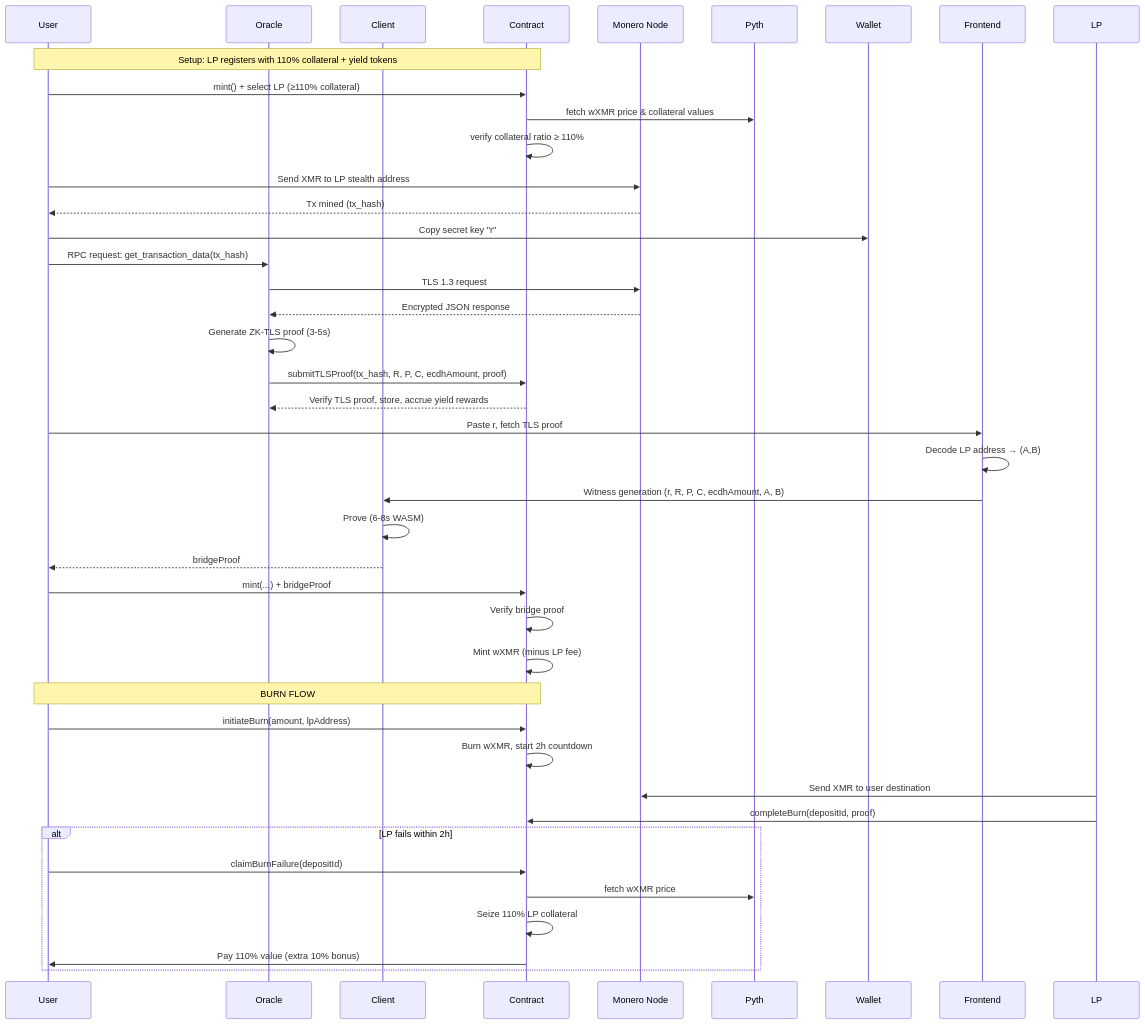
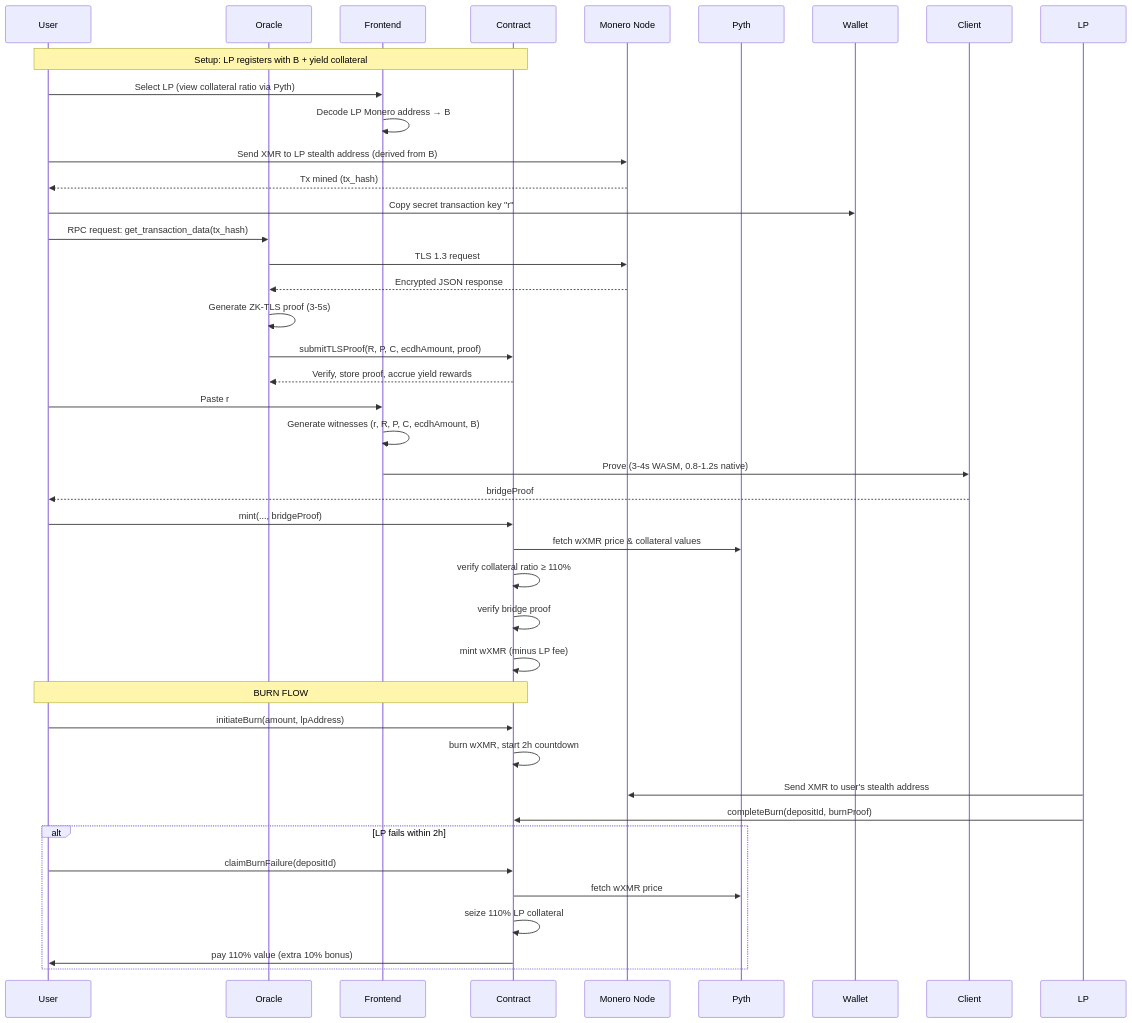
The diagram in SYNTHWRAP.md (madschristensen99/fungerbil), drawn with Mermaid before and after one commit. The commit also changed other lines of this file, not shown here.

````diff
--- a/SYNTHWRAP.md
+++ b/SYNTHWRAP.md
@@ -588,49 +687,50 @@
 ```mermaid
 sequenceDiagram
     participant User
     participant Oracle
-    participant Client
+    participant Frontend
     participant Contract
     participant Monero Node
     participant Pyth
 
-    Note over User,Contract: Setup: LP registers with 110% collateral + yield tokens
+    Note over User,Contract: Setup: LP registers with B + yield collateral
     
-    User->>Contract: mint() + select LP (≥110% collateral)
-    Contract->>Pyth: fetch wXMR price & collateral values
-    Contract->>Contract: verify collateral ratio ≥ 110%
+    User->>Frontend: Select LP (view collateral ratio via Pyth)
+    Frontend->>Frontend: Decode LP Monero address → B
     
-    User->>Monero Node: Send XMR to LP stealth address
+    User->>Monero Node: Send XMR to LP stealth address (derived from B)
     Monero Node-->>User: Tx mined (tx_hash)
-    User->>Wallet: Copy secret key "r"
+    User->>Wallet: Copy secret transaction key "r"
     
     User->>Oracle: RPC request: get_transaction_data(tx_hash)
     Oracle->>Monero Node: TLS 1.3 request
     Monero Node-->>Oracle: Encrypted JSON response
     Oracle->>Oracle: Generate ZK-TLS proof (3-5s)
-    Oracle->>Contract: submitTLSProof(tx_hash, R, P, C, ecdhAmount, proof)
-    Contract-->>Oracle: Verify TLS proof, store, accrue yield rewards
+    Oracle->>Contract: submitTLSProof(R, P, C, ecdhAmount, proof)
+    Contract-->>Oracle: Verify, store proof, accrue yield rewards
     
-    User->>Frontend: Paste r, fetch TLS proof
-    Frontend->>Frontend: Decode LP address → (A,B)
-    Frontend->>Client: Witness generation (r, R, P, C, ecdhAmount, A, B)
-    Client->>Client: Prove (6-8s WASM)
+    User->>Frontend: Paste r
+    Frontend->>Frontend: Generate witnesses (r, R, P, C, ecdhAmount, B)
+    Frontend->>Client: Prove (3-4s WASM, 0.8-1.2s native)
     Client-->>User: bridgeProof
     
-    User->>Contract: mint(...) + bridgeProof
-    Contract->>Contract: Verify bridge proof
-    Contract->>Contract: Mint wXMR (minus LP fee)
+    User->>Contract: mint(..., bridgeProof)
+    Contract->>Pyth: fetch wXMR price & collateral values
+    Contract->>Contract: verify collateral ratio ≥ 110%
+    Contract->>Contract: verify bridge proof
+    Contract->>Contract: mint wXMR (minus LP fee)
     
     Note over User,Contract: BURN FLOW
     
     User->>Contract: initiateBurn(amount, lpAddress)
-    Contract->>Contract: Burn wXMR, start 2h countdown
-    LP->>Monero Node: Send XMR to user destination
-    LP->>Contract: completeBurn(depositId, proof)
+    Contract->>Contract: burn wXMR, start 2h countdown
+    
+    LP->>Monero Node: Send XMR to user's stealth address
+    LP->>Contract: completeBurn(depositId, burnProof)
     alt LP fails within 2h
         User->>Contract: claimBurnFailure(depositId)
         Contract->>Pyth: fetch wXMR price
-        Contract->>Contract: Seize 110% LP collateral
-        Contract->>User: Pay 110% value (extra 10% bonus)
+        Contract->>Contract: seize 110% LP collateral
+        Contract->>User: pay 110% value (extra 10% bonus)
     end
 ```
````
